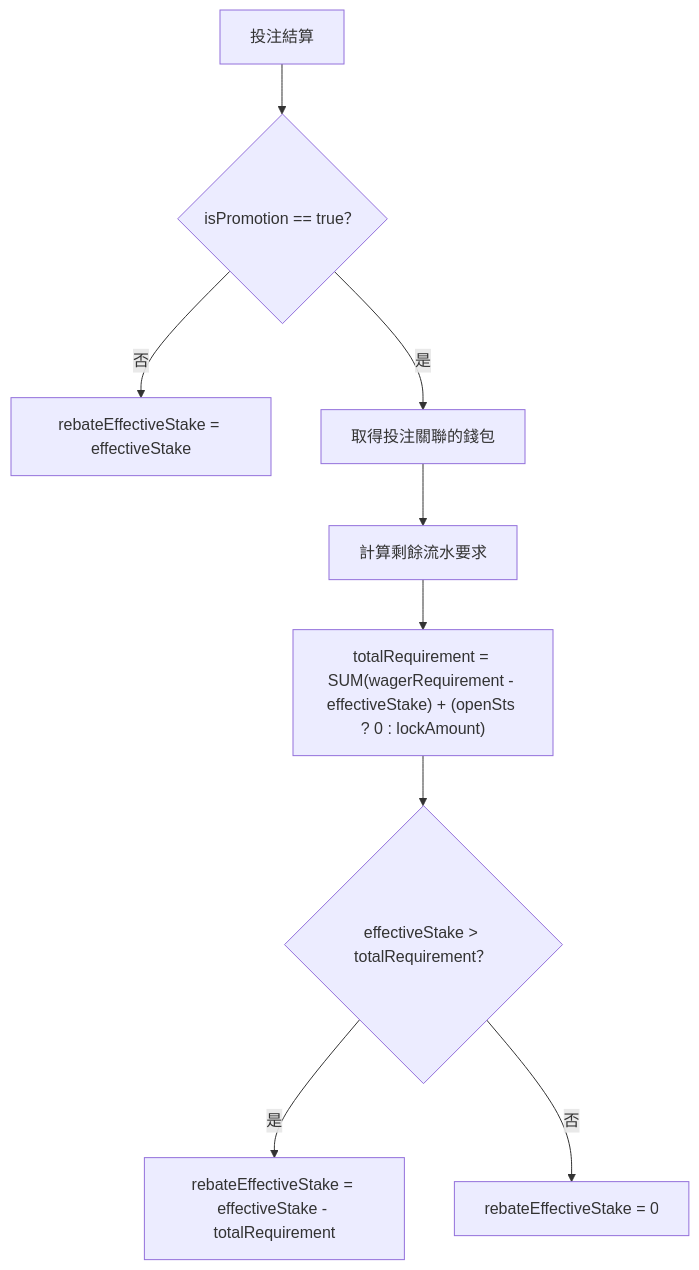
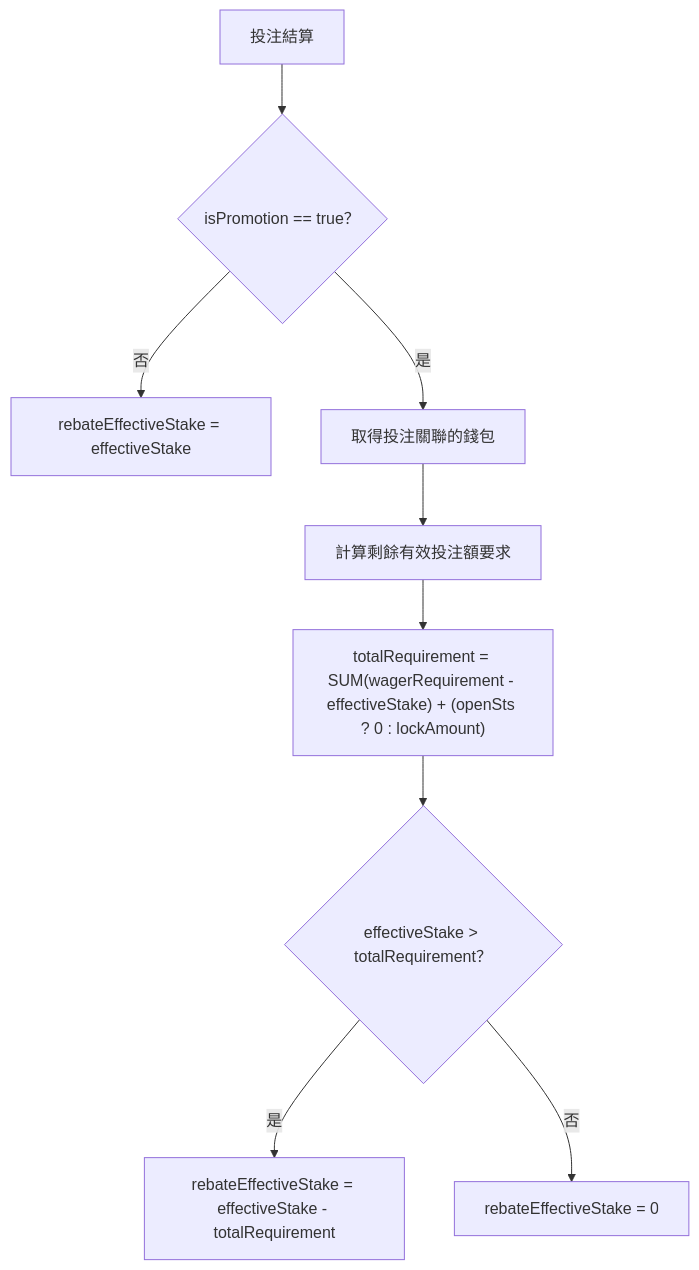
The fifth of 6 diagrams in docs/iGaming/architecture/02_Finance_Service/Turnover_Calculation_Logic_Detail.md (ron03wlb/smart-admin), drawn with Mermaid before and after one commit. The commit also changed other lines of this file and 14 other files, not shown here.

````diff
--- a/docs/iGaming/architecture/02_Finance_Service/Turnover_Calculation_Logic_Detail.md
+++ b/docs/iGaming/architecture/02_Finance_Service/Turnover_Calculation_Logic_Detail.md
@@ -232,11 +232,11 @@
 ```mermaid
 flowchart TD
     A[投注結算] --> B{isPromotion == true？}
     B -->|否| C["rebateEffectiveStake = effectiveStake"]
     B -->|是| D[取得投注關聯的錢包]
-    D --> E[計算剩餘流水要求]
+    D --> E[計算剩餘有效投注額要求]
     E --> F["totalRequirement = SUM(wagerRequirement - effectiveStake) + (openSts ? 0 : lockAmount)"]
     F --> G{effectiveStake > totalRequirement？}
     G -->|是| H["rebateEffectiveStake = effectiveStake - totalRequirement"]
     G -->|否| I["rebateEffectiveStake = 0"]
 ```
````
